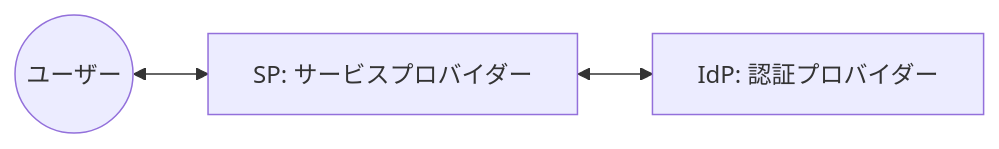
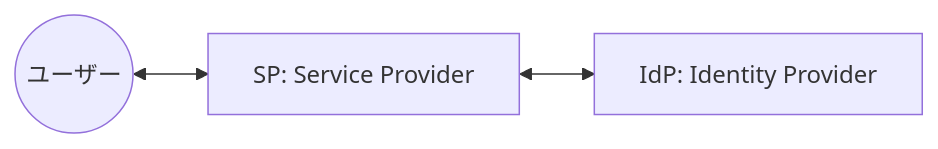
The first of 4 diagrams in blog.md (mashharuki/OpenSAML-sample-code), drawn with Mermaid before and after one commit. The commit also changed other lines of this file and 1 other file, not shown here.

````diff
--- a/blog.md
+++ b/blog.md
@@ -18,5 +25,5 @@
 ```mermaid
 graph LR
-    User((ユーザー)) <--> SP[SP: サービスプロバイダー]
-    SP <--> IdP[IdP: 認証プロバイダー]
+    User((ユーザー)) <--> SP[SP: Service Provider]
+    SP <--> IdP[IdP: Identity Provider]
 ```
````
